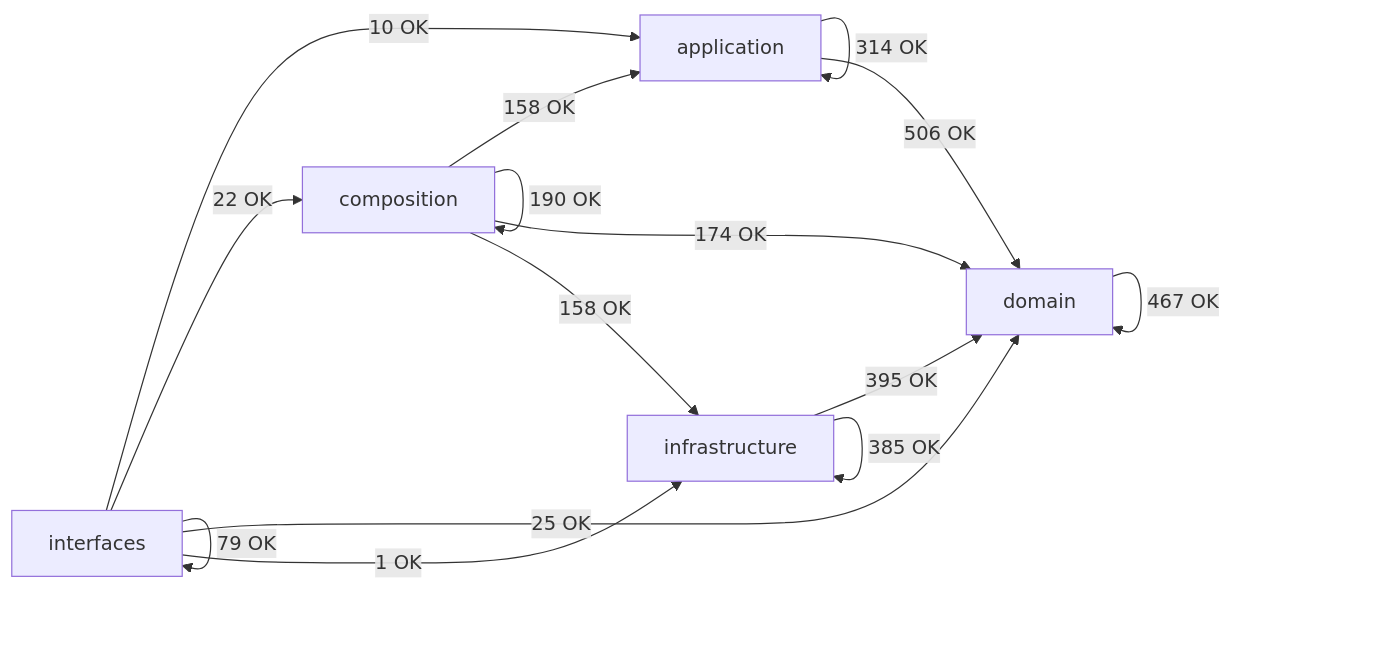
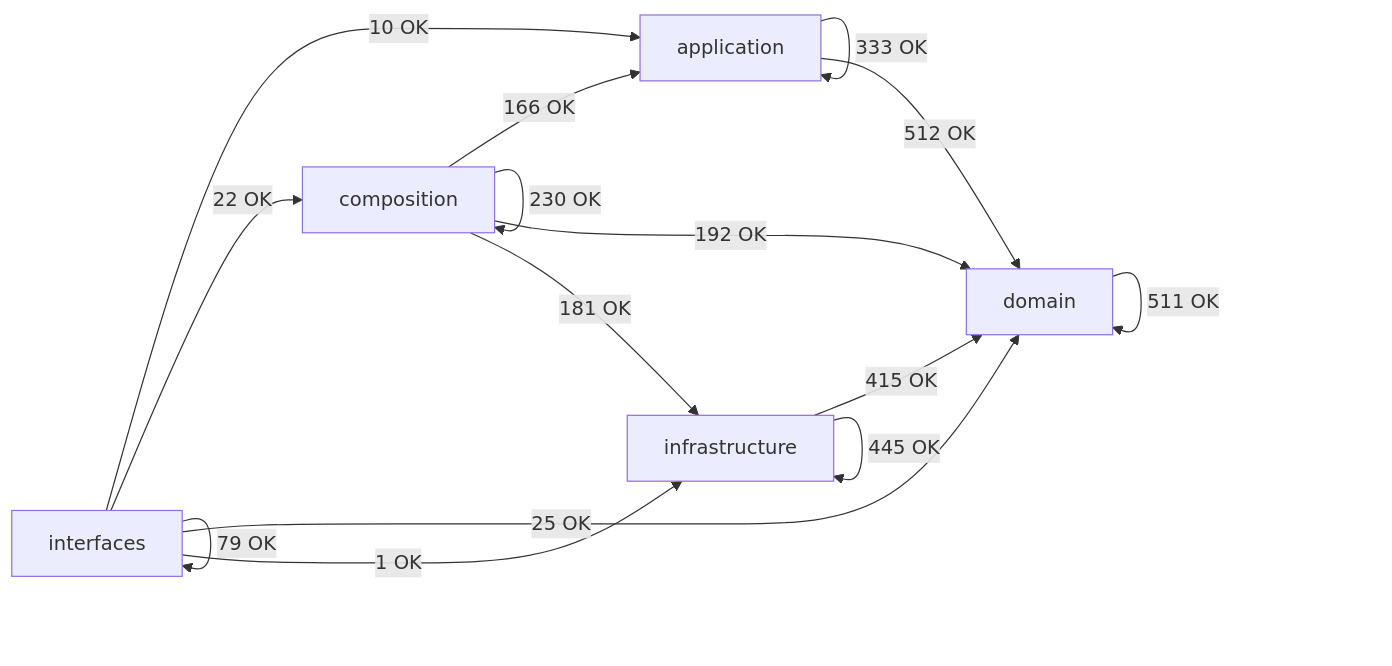
Before and after one commit to SatoryKono/BioactivityDataAcquisition: the diagram in docs/02-architecture/generated/module-dependency-map.md, drawn with Mermaid. The commit also changed other lines of this file and 144 other files, not shown here.

````diff
--- a/docs/02-architecture/generated/module-dependency-map.md
+++ b/docs/02-architecture/generated/module-dependency-map.md
@@ -15,22 +15,22 @@
 ```mermaid
 flowchart LR
     domain[domain]
     application[application]
     infrastructure[infrastructure]
     composition[composition]
     interfaces[interfaces]
-    application -->|314 OK| application
-    application -->|506 OK| domain
-    composition -->|158 OK| application
-    composition -->|190 OK| composition
-    composition -->|174 OK| domain
-    composition -->|158 OK| infrastructure
-    domain -->|467 OK| domain
-    infrastructure -->|395 OK| domain
-    infrastructure -->|385 OK| infrastructure
+    application -->|333 OK| application
+    application -->|512 OK| domain
+    composition -->|166 OK| application
+    composition -->|230 OK| composition
+    composition -->|192 OK| domain
+    composition -->|181 OK| infrastructure
+    domain -->|511 OK| domain
+    infrastructure -->|415 OK| domain
+    infrastructure -->|445 OK| infrastructure
     interfaces -->|10 OK| application
     interfaces -->|22 OK| composition
     interfaces -->|25 OK| domain
     interfaces -->|1 OK| infrastructure
     interfaces -->|79 OK| interfaces
 ```
````
